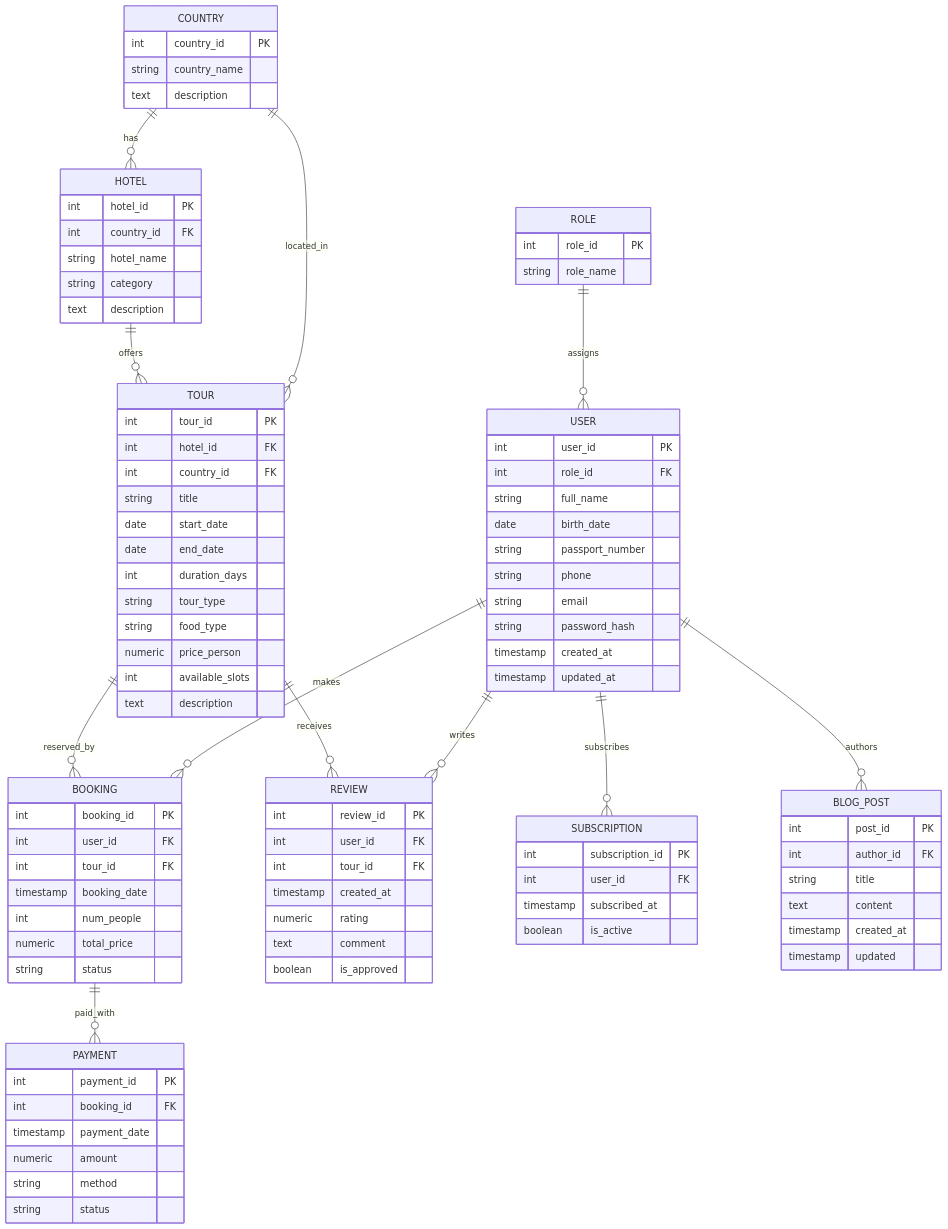
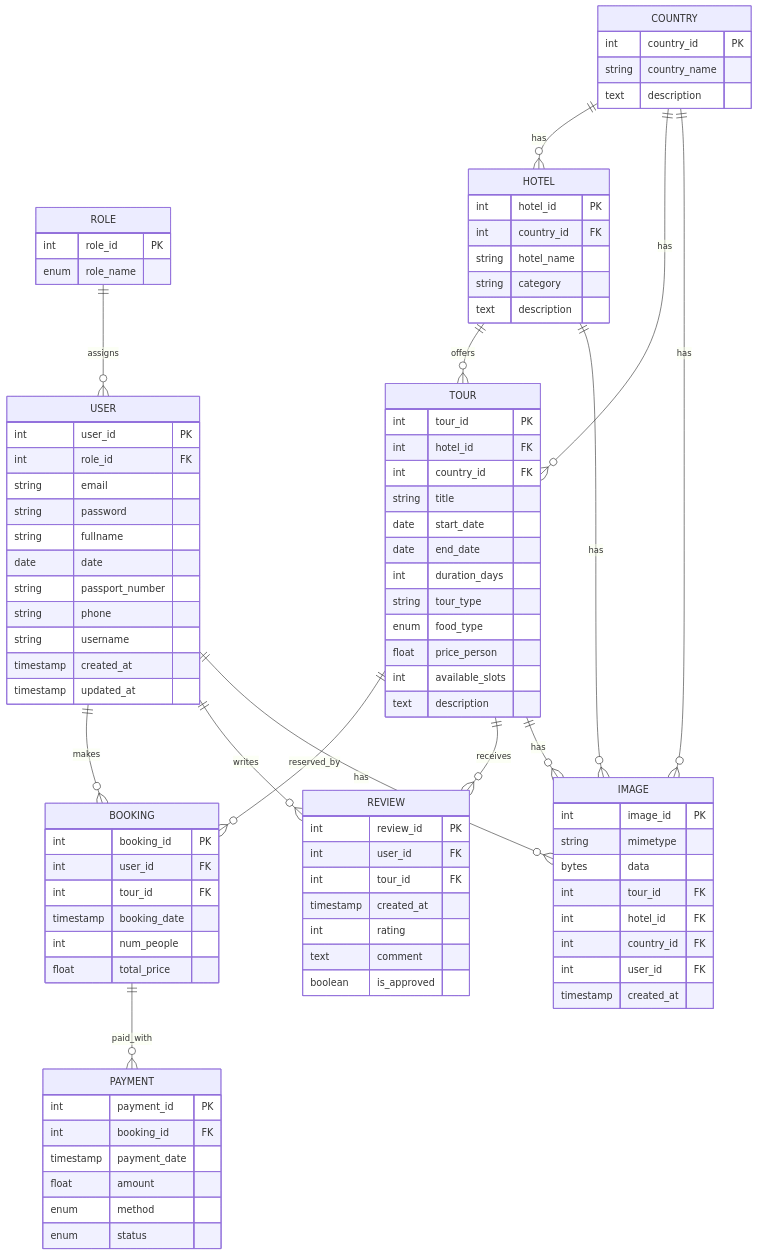
Before and after one commit to glorygangaga/travelAgency: the diagram in README.md, drawn with Mermaid. The commit also changed 86 other files, not shown here.

````diff
--- a/README.md
+++ b/README.md
@@ -130,18 +126,19 @@
 erDiagram
     ROLE {
         int role_id PK
-        string role_name
+        enum role_name
     }
 
     USER {
         int user_id PK
         int role_id FK
-        string full_name
-        date birth_date
+        string email
+        string password
+        string fullname
+        date date
         string passport_number
         string phone
-        string email
-        string password_hash
+        string username
         timestamp created_at
         timestamp updated_at
     }
@@ -169,10 +166,21 @@
         date end_date
         int duration_days
         string tour_type
-        string food_type
-        numeric price_person
+        enum food_type
+        float price_person
         int available_slots
         text description
+    }
+
+    IMAGE {
+        int image_id PK
+        string mimetype
+        bytes data
+        int tour_id FK
+        int hotel_id FK
+        int country_id FK
+        int user_id FK
+        timestamp created_at
     }
 
     BOOKING {
@@ -181,17 +189,16 @@
         int tour_id FK
         timestamp booking_date
         int num_people
-        numeric total_price
-        string status
+        float total_price
     }
 
     PAYMENT {
         int payment_id PK
         int booking_id FK
         timestamp payment_date
-        numeric amount
-        string method
-        string status
+        float amount
+        enum method
+        enum status
     }
 
     REVIEW {
@@ -199,37 +206,28 @@
         int user_id FK
         int tour_id FK
         timestamp created_at
-        numeric rating
+        int rating
         text comment
         boolean is_approved
     }
 
-    SUBSCRIPTION {
-        int subscription_id PK
-        int user_id FK
-        timestamp subscribed_at
-        boolean is_active
-    }
-
-    BLOG_POST {
-        int post_id PK
-        int author_id FK
-        string title
-        text content
-        timestamp created_at
-        timestamp updated
-    }
-
     %% Relationships
     ROLE ||--o{ USER : assigns
+    USER ||--o{ BOOKING : makes
+    USER ||--o{ REVIEW : writes
+    USER ||--o{ IMAGE : has
+
     COUNTRY ||--o{ HOTEL : has
-    COUNTRY ||--o{ TOUR : located_in
+    COUNTRY ||--o{ TOUR : has
+    COUNTRY ||--o{ IMAGE : has
+
     HOTEL ||--o{ TOUR : offers
-    USER ||--o{ BOOKING : makes
+    HOTEL ||--o{ IMAGE : has
+
     TOUR ||--o{ BOOKING : reserved_by
+    TOUR ||--o{ REVIEW : receives
+    TOUR ||--o{ IMAGE : has
+
     BOOKING ||--o{ PAYMENT : paid_with
-    USER ||--o{ REVIEW : writes
-    TOUR ||--o{ REVIEW : receives
-    USER ||--o{ SUBSCRIPTION : subscribes
-    USER ||--o{ BLOG_POST : authors
+
 ```
````
